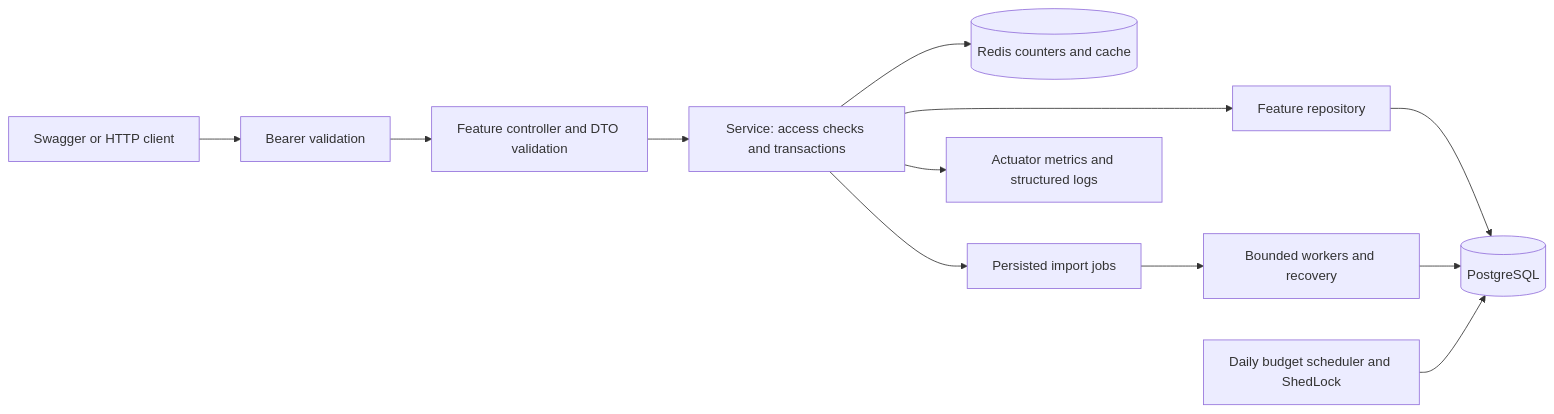
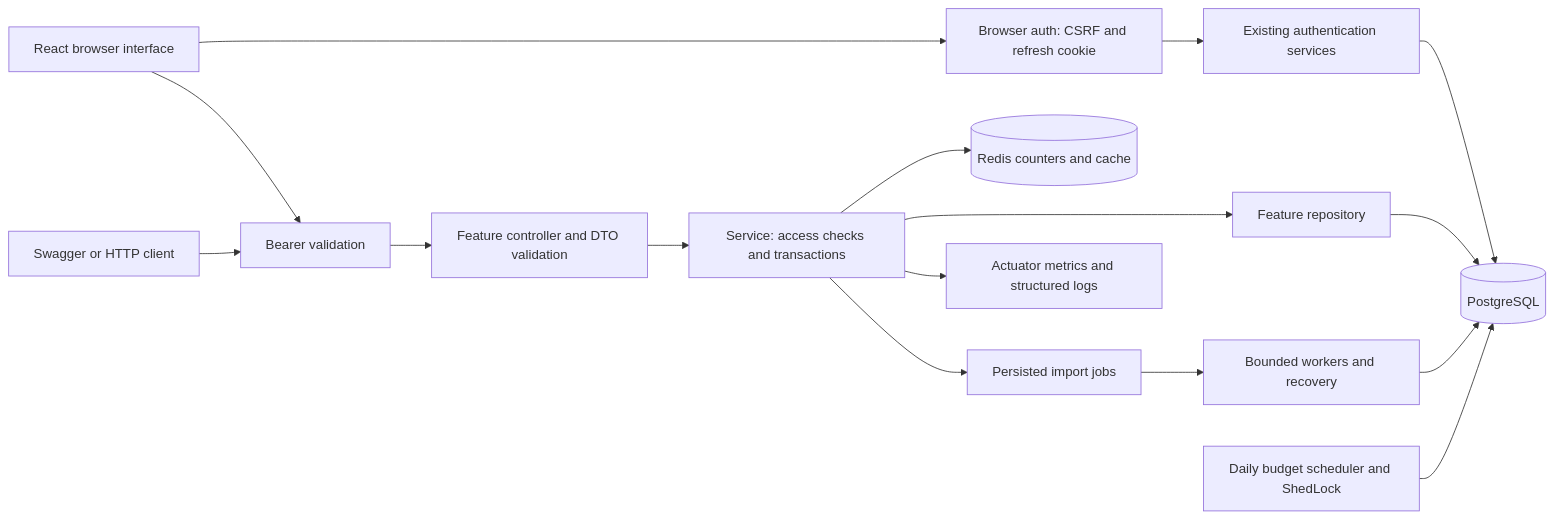
The first of 3 diagrams in docs/architecture.md (Aadyant-7/splitnest), drawn with Mermaid before and after one commit. The commit also changed other lines of this file and 88 other files, not shown here.

````diff
--- a/docs/architecture.md
+++ b/docs/architecture.md
@@ -23,14 +24,18 @@
 ```mermaid
 flowchart LR
-    Client[Swagger or HTTP client] --> Security[Bearer validation]
+    Browser[React browser interface] --> Adapter[Browser auth: CSRF and refresh cookie]
+    Browser --> Security[Bearer validation]
+    Client[Swagger or HTTP client] --> Security
+    Adapter --> Auth[Existing authentication services]
+    Auth --> PG[(PostgreSQL)]
     Security --> Controller[Feature controller and DTO validation]
     Controller --> Service[Service: access checks and transactions]
     Service --> Repository[Feature repository]
-    Repository --> PG[(PostgreSQL)]
+    Repository --> PG
     Service --> Redis[(Redis counters and cache)]
     Service --> Jobs[Persisted import jobs]
     Jobs --> Workers[Bounded workers and recovery]
     Workers --> PG
     Scheduler[Daily budget scheduler and ShedLock] --> PG
     Service --> Metrics[Actuator metrics and structured logs]
 ```
````
